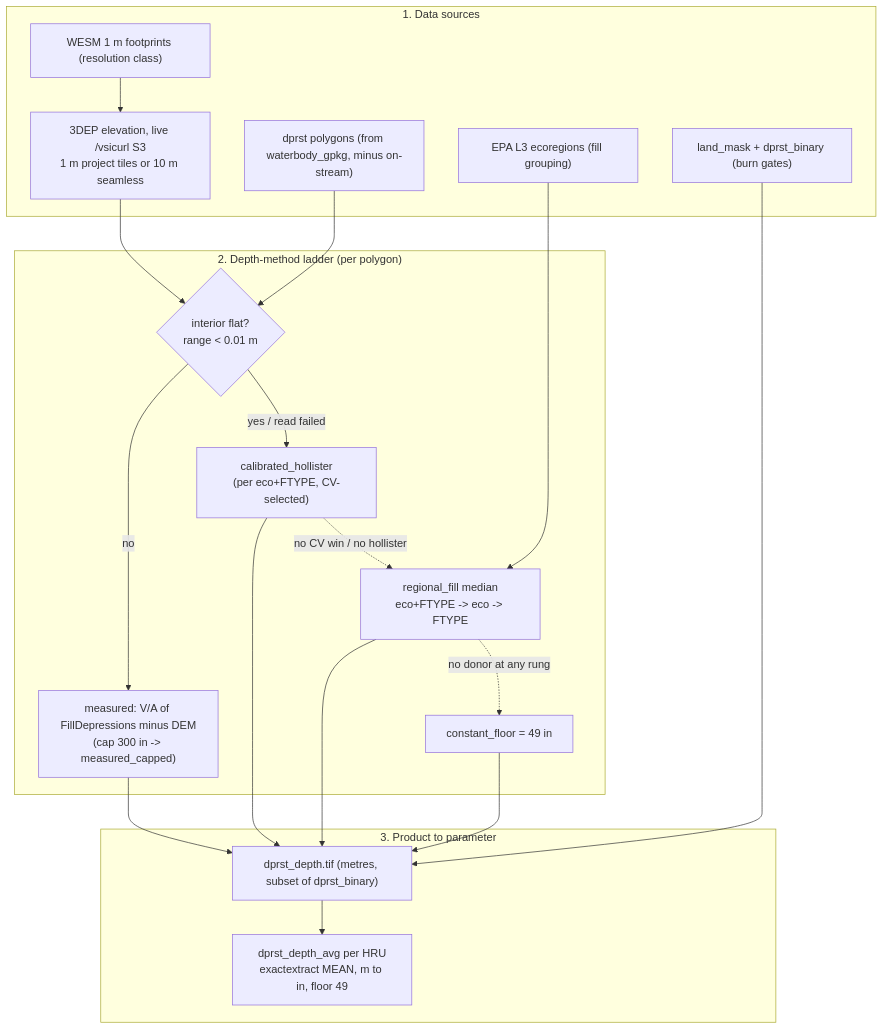
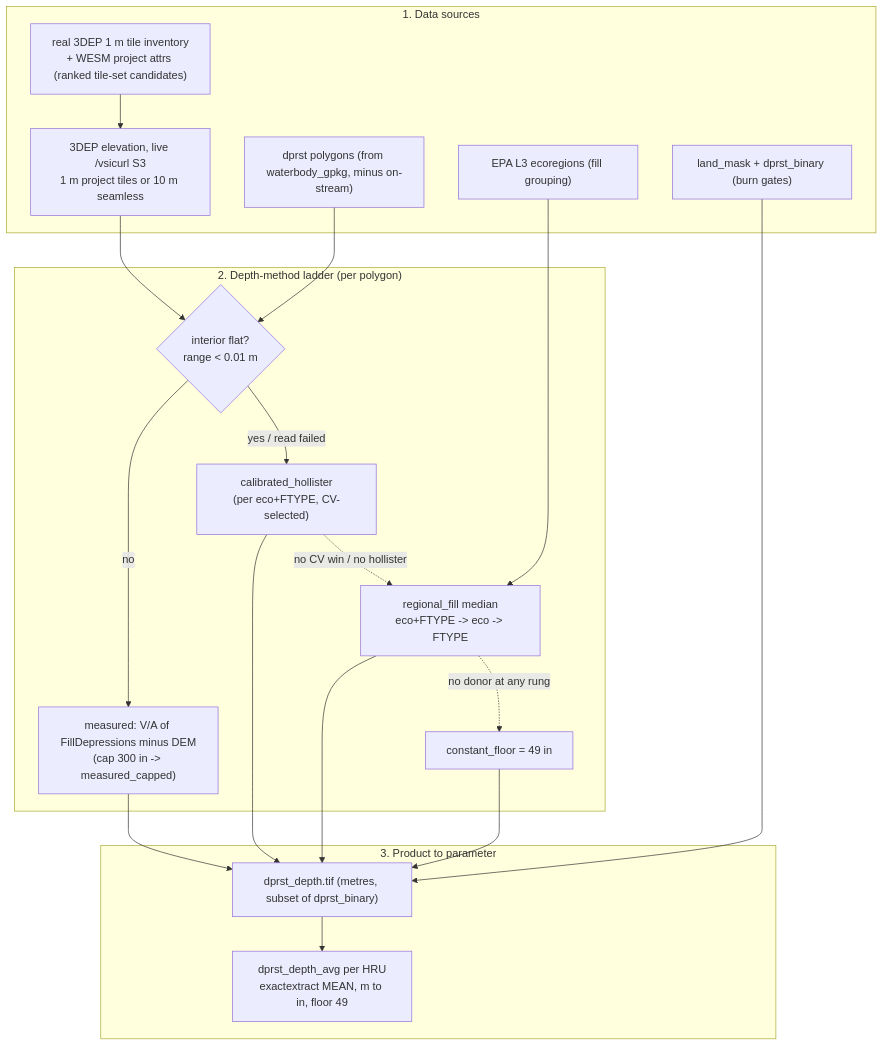
The diagram in docs/dprst_depth_avg_reference.md (rmcd-mscb/gfv2-params), drawn with Mermaid before and after one commit. The commit also changed other lines of this file and 9 other files, not shown here.

First line of the commit message:
docs(dprst_depth): describe the real 3DEP tile-inventory rewrite (#223 part 2)

````diff
--- a/docs/dprst_depth_avg_reference.md
+++ b/docs/dprst_depth_avg_reference.md
@@ -364,38 +392,38 @@
 ```mermaid
 flowchart TD
     subgraph SRC["1. Data sources"]
       DEP["3DEP elevation, live /vsicurl S3<br/>1 m project tiles or 10 m seamless"]
-      WESM["WESM 1 m footprints (resolution class)"]
+      INV["real 3DEP 1 m tile inventory<br/>+ WESM project attrs (ranked tile-set candidates)"]
       POLY["dprst polygons (from waterbody_gpkg, minus on-stream)"]
       ECO["EPA L3 ecoregions (fill grouping)"]
       MASK["land_mask + dprst_binary (burn gates)"]
     end
 
     subgraph METHOD["2. Depth-method ladder (per polygon)"]
       FLAT{"interior flat?<br/>range < 0.01 m"}
       MEAS["measured: V/A of FillDepressions minus DEM<br/>(cap 300 in -> measured_capped)"]
       CAL["calibrated_hollister<br/>(per eco+FTYPE, CV-selected)"]
       REG["regional_fill median<br/>eco+FTYPE -> eco -> FTYPE"]
       FLOOR["constant_floor = 49 in"]
       FLAT -->|no| MEAS
       FLAT -->|yes / read failed| CAL
       CAL -.->|no CV win / no hollister| REG
       REG -.->|no donor at any rung| FLOOR
     end
 
     subgraph OUT["3. Product to parameter"]
       TIF["dprst_depth.tif (metres, subset of dprst_binary)"]
       AVG["dprst_depth_avg per HRU<br/>exactextract MEAN, m to in, floor 49"]
       TIF --> AVG
     end
 
     DEP --> FLAT
-    WESM --> DEP
+    INV --> DEP
     POLY --> FLAT
     ECO --> REG
     MEAS --> TIF
     CAL --> TIF
     REG --> TIF
     FLOOR --> TIF
     MASK --> TIF
 ```
````
